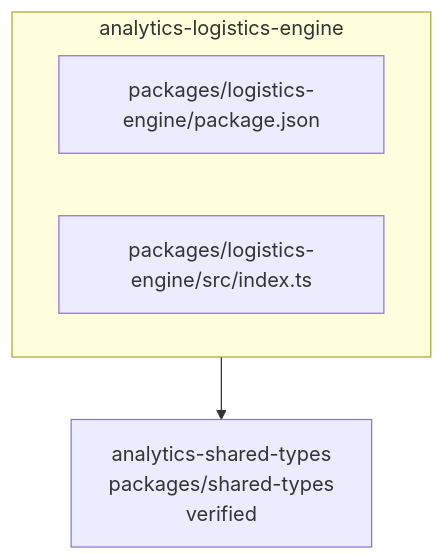
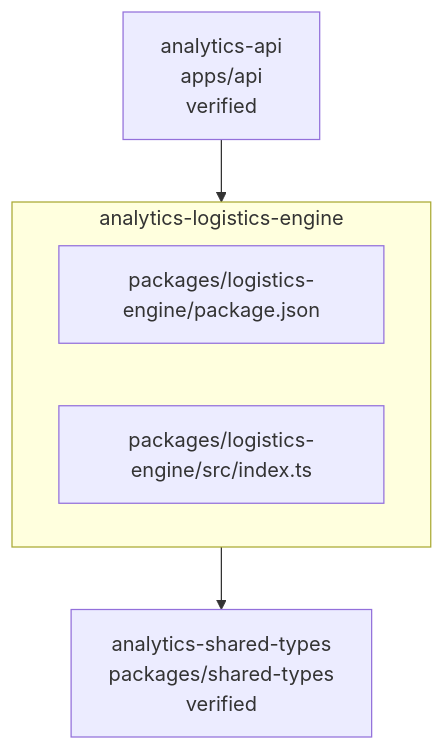
Before and after one commit to Islamce/kynox-logix: the diagram in .ai/diagrams/component-analytics-logistics-engine.md, drawn with Mermaid. The commit also changed other lines of this file and 21 other files, not shown here.

Commit message:
chore(kaaf): regenerate architecture context

````diff
--- a/.ai/diagrams/component-analytics-logistics-engine.md
+++ b/.ai/diagrams/component-analytics-logistics-engine.md
@@ -7,9 +7,11 @@
 ```mermaid
 graph TB
   subgraph analytics_logistics_engine_box["analytics-logistics-engine"]
     ep_packages_logistics_engine_package_json["packages/logistics-engine/package.json"]
     ep_packages_logistics_engine_src_index_ts["packages/logistics-engine/src/index.ts"]
   end
   analytics_shared_types["analytics-shared-types<br/>packages/shared-types<br/>verified"]
   analytics_logistics_engine_box --> analytics_shared_types
+  analytics_api["analytics-api<br/>apps/api<br/>verified"]
+  analytics_api --> analytics_logistics_engine_box
 ```
````
